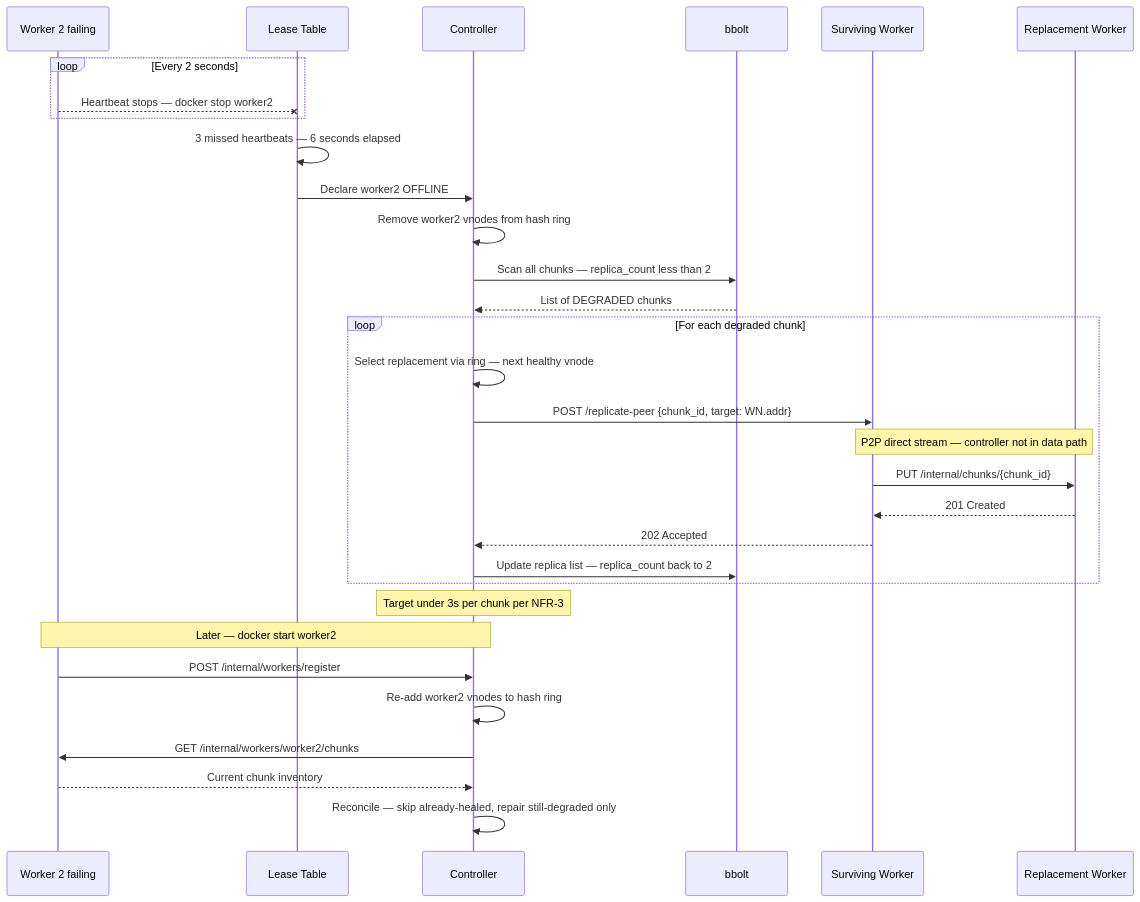
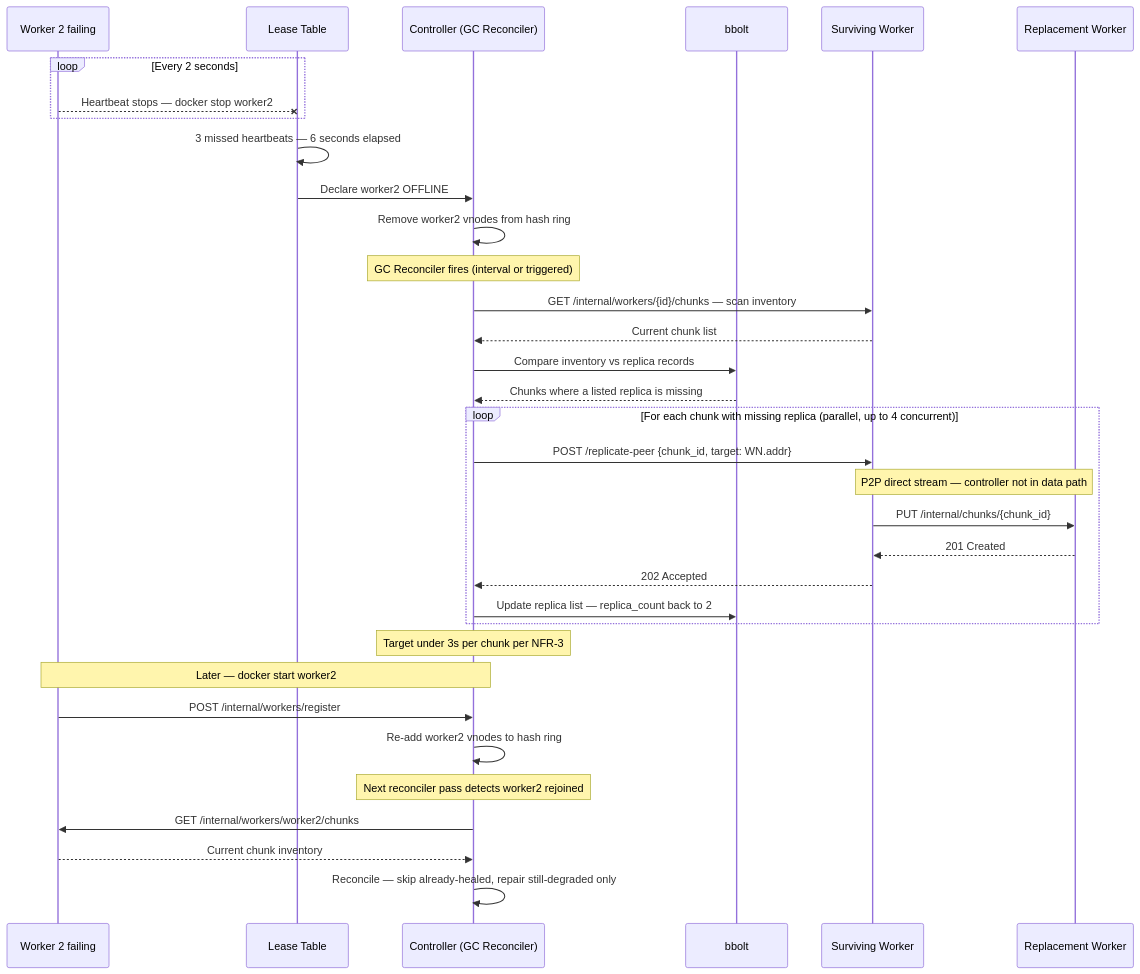
The diagram in docs/diagrams/04-self-healing.md (KrishnaChaitanya16/Distributed_Object_Store), drawn with Mermaid before and after one commit. The commit also changed other lines of this file and 2 other files, not shown here.

Commit message:
docs: update diagrams to match current implementation

````diff
--- a/docs/diagrams/04-self-healing.md
+++ b/docs/diagrams/04-self-healing.md
@@ -3,39 +3,42 @@
 ```mermaid
 sequenceDiagram
   participant W2 as Worker 2 failing
   participant LT as Lease Table
-  participant CTL as Controller
+  participant CTL as Controller (GC Reconciler)
   participant DB as bbolt
   participant WS as Surviving Worker
   participant WN as Replacement Worker
 
   loop Every 2 seconds
     W2--xLT: Heartbeat stops — docker stop worker2
   end
 
   LT->>LT: 3 missed heartbeats — 6 seconds elapsed
   LT->>CTL: Declare worker2 OFFLINE
   CTL->>CTL: Remove worker2 vnodes from hash ring
 
-  CTL->>DB: Scan all chunks — replica_count less than 2
-  DB-->>CTL: List of DEGRADED chunks
+  Note over CTL: GC Reconciler fires (interval or triggered)
+  CTL->>WS: GET /internal/workers/{id}/chunks — scan inventory
+  WS-->>CTL: Current chunk list
+  CTL->>DB: Compare inventory vs replica records
+  DB-->>CTL: Chunks where a listed replica is missing
 
-  loop For each degraded chunk
-    CTL->>CTL: Select replacement via ring — next healthy vnode
+  loop For each chunk with missing replica (parallel, up to 4 concurrent)
     CTL->>WS: POST /replicate-peer {chunk_id, target: WN.addr}
     Note over WS,WN: P2P direct stream — controller not in data path
     WS->>WN: PUT /internal/chunks/{chunk_id}
     WN-->>WS: 201 Created
     WS-->>CTL: 202 Accepted
     CTL->>DB: Update replica list — replica_count back to 2
   end
 
   Note over CTL: Target under 3s per chunk per NFR-3
 
   Note over W2,CTL: Later — docker start worker2
   W2->>CTL: POST /internal/workers/register
   CTL->>CTL: Re-add worker2 vnodes to hash ring
+  Note over CTL: Next reconciler pass detects worker2 rejoined
   CTL->>W2: GET /internal/workers/worker2/chunks
   W2-->>CTL: Current chunk inventory
   CTL->>CTL: Reconcile — skip already-healed, repair still-degraded only
 ```
````
